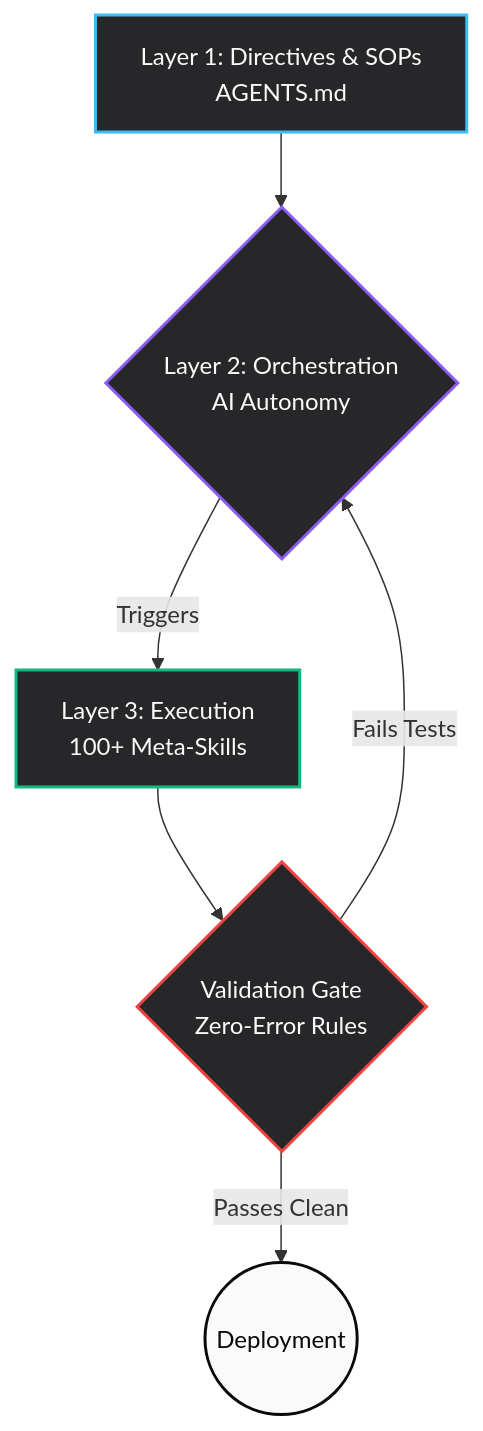
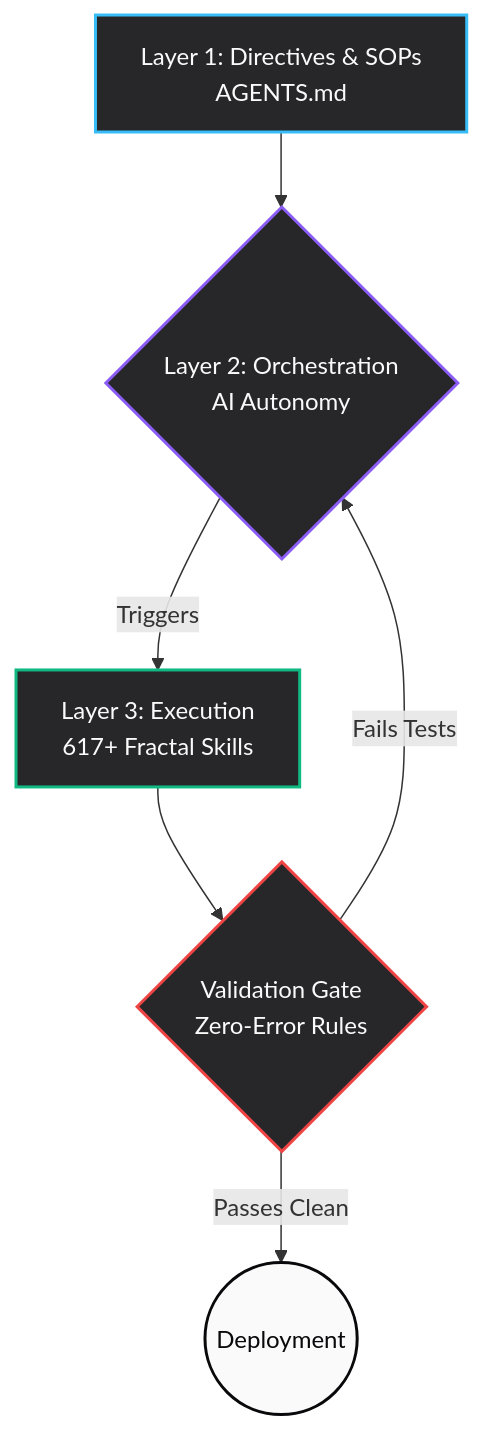
The diagram in README.md (ShasanJain/Master_AG), drawn with Mermaid before and after one commit. The commit also changed other lines of this file and 4767 other files, not shown here.

````diff
--- a/README.md
+++ b/README.md
@@ -15,15 +31,15 @@
 ```mermaid
 graph TD
     classDef directive fill:#27272A,stroke:#38BDF8,stroke-width:2px,color:#FAFAFA;
     classDef orchestration fill:#27272A,stroke:#8b5cf6,stroke-width:2px,color:#FAFAFA;
     classDef execution fill:#27272A,stroke:#10b981,stroke-width:2px,color:#FAFAFA;
     classDef validation fill:#27272A,stroke:#ef4444,stroke-width:2px,color:#FAFAFA;
     classDef deploy fill:#FAFAFA,stroke:#09090B,stroke-width:2px,color:#09090B;
 
     A[Layer 1: Directives & SOPs<br>AGENTS.md]:::directive --> B
     B{Layer 2: Orchestration<br>AI Autonomy}:::orchestration -->|Triggers| C
-    C[Layer 3: Execution<br>100+ Meta-Skills]:::execution --> D
+    C[Layer 3: Execution<br>617+ Fractal Skills]:::execution --> D
     
     D{Validation Gate<br>Zero-Error Rules}:::validation -->|Fails Tests| B
     D -->|Passes Clean| E((Deployment)):::deploy
 ```
````
